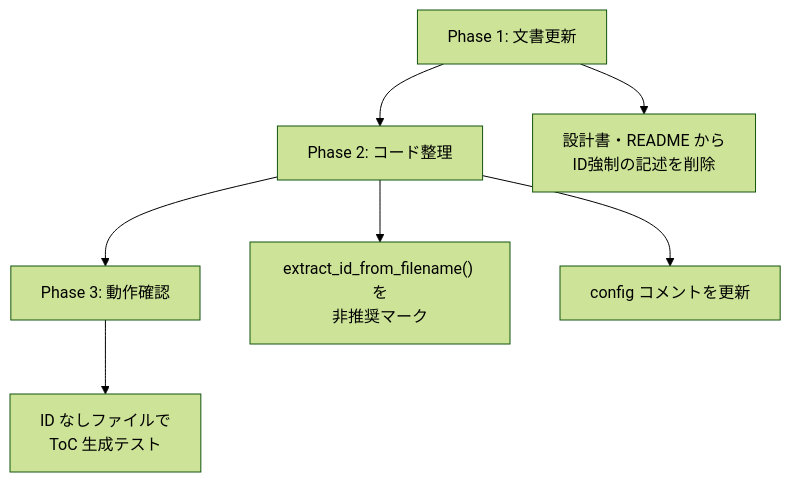
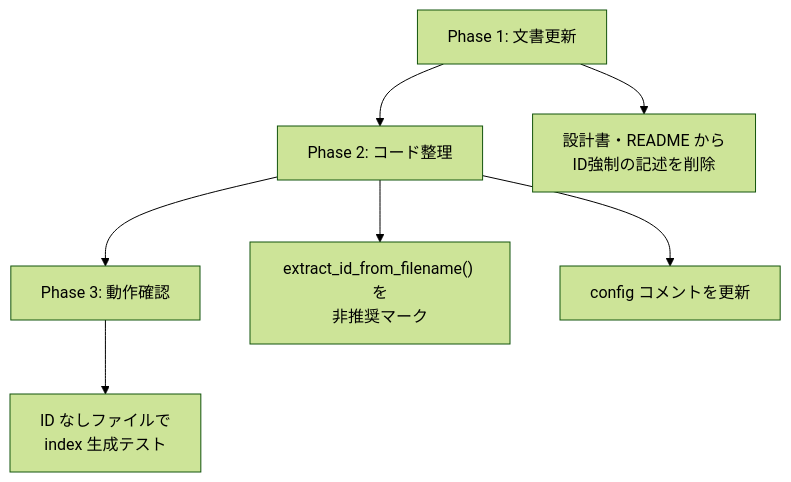
Before and after one commit to BlueEventHorizon/bw-cc-plugins: the third of 3 diagrams in docs/specs/doc-advisor/design/DES-003_document_identifier.md, drawn with Mermaid (forest theme). The commit also changed other lines of this file and 9 other files, not shown here.

````diff
--- a/docs/specs/doc-advisor/design/DES-003_document_identifier.md
+++ b/docs/specs/doc-advisor/design/DES-003_document_identifier.md
@@ -142,10 +142,10 @@
 ```mermaid
 flowchart TD
     A[Phase 1: 文書更新] --> B[Phase 2: コード整理]
     B --> C[Phase 3: 動作確認]
 
     A --> A1["設計書・README から<br>ID強制の記述を削除"]
     B --> B1["extract_id_from_filename() を<br>非推奨マーク"]
     B --> B2["config コメントを更新"]
-    C --> C1["ID なしファイルで<br>ToC 生成テスト"]
+    C --> C1["ID なしファイルで<br>index 生成テスト"]
 ```
````
